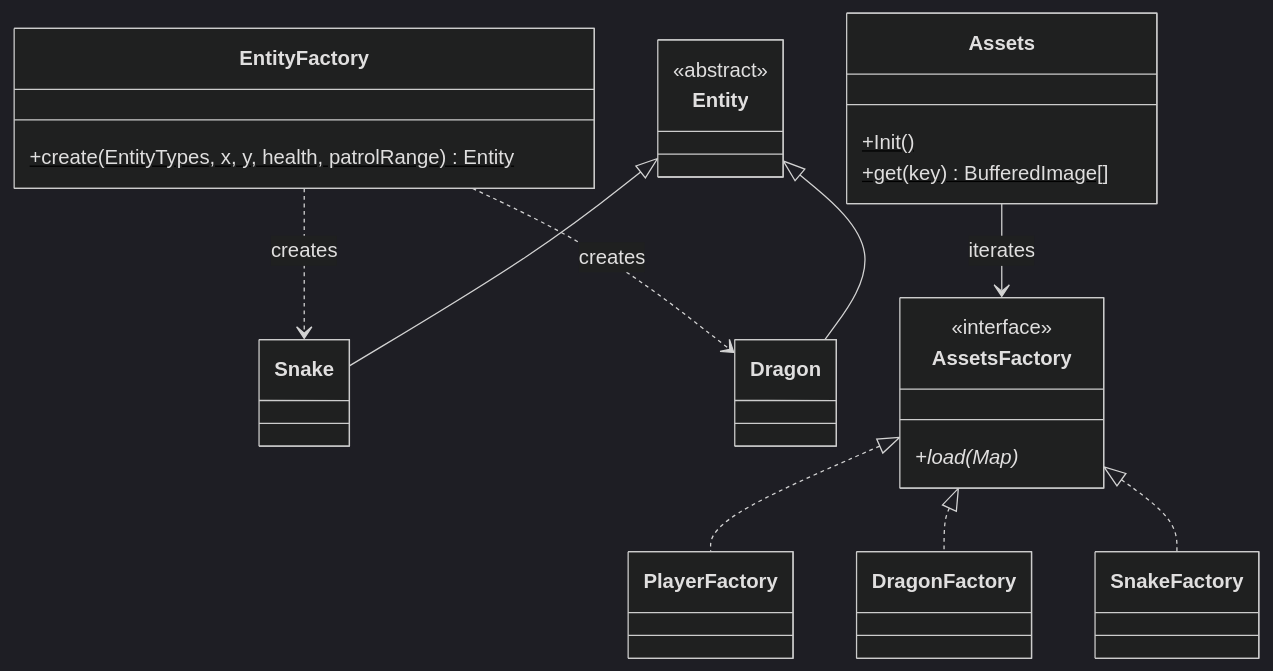
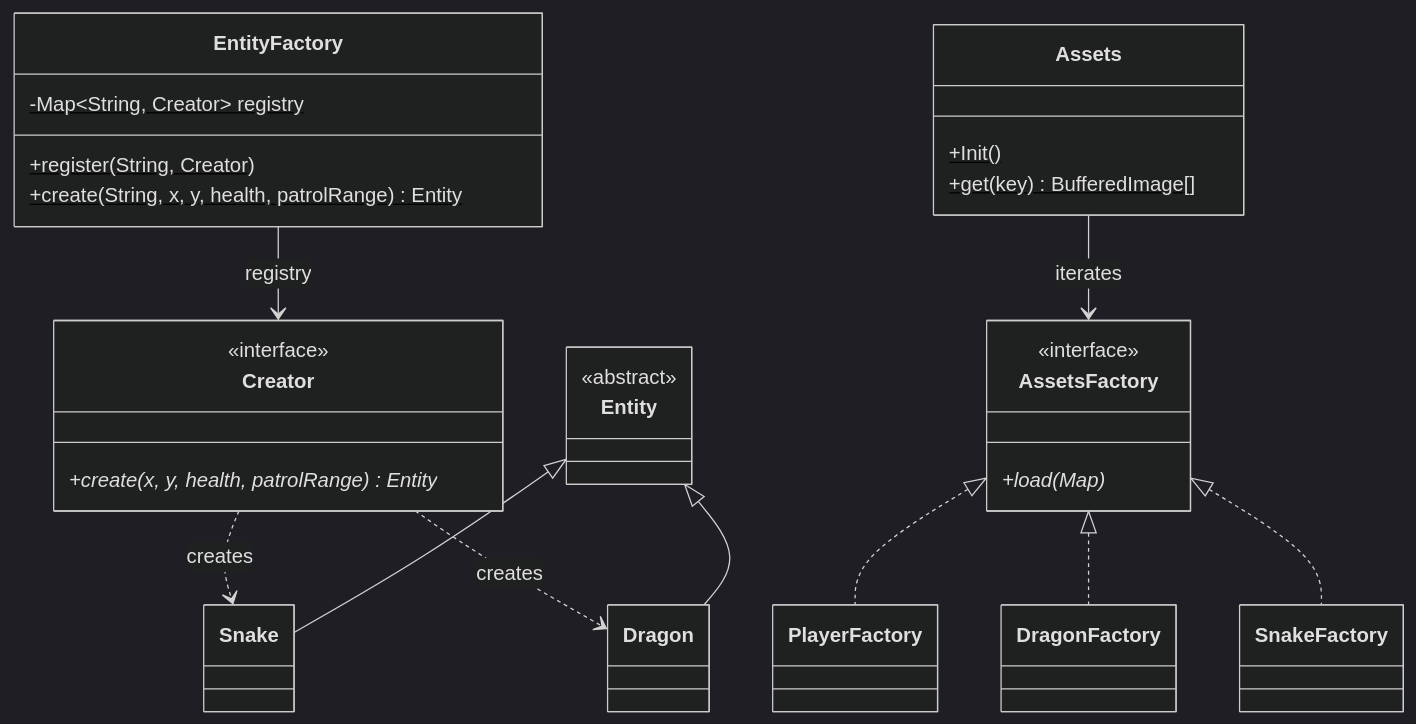
Before and after one commit to VladLunca/platformergame-java: the second of 3 diagrams in README.md, drawn with Mermaid (dark theme). The commit also changed other lines of this file and 15 other files, not shown here.

````diff
--- a/README.md
+++ b/README.md
@@ -290,31 +292,38 @@
 ```mermaid
 classDiagram
     class EntityFactory {
-        +create(EntityTypes, x, y, health, patrolRange) Entity$
+        -Map~String, Creator~ registry$
+        +register(String, Creator)$
+        +create(String, x, y, health, patrolRange) Entity$
+    }
+    class Creator {
+        <<interface>>
+        +create(x, y, health, patrolRange) Entity*
     }
     class Entity {
         <<abstract>>
     }
     class Snake
     class Dragon
     class AssetsFactory {
         <<interface>>
         +load(Map)*
     }
     class Assets {
         +Init()$
         +get(key) BufferedImage[]$
     }
     class PlayerFactory
     class DragonFactory
     class SnakeFactory
 
-    EntityFactory ..> Snake  : creates
-    EntityFactory ..> Dragon : creates
+    EntityFactory --> Creator : registry
+    Creator ..> Snake  : creates
+    Creator ..> Dragon : creates
     Entity <|-- Snake
     Entity <|-- Dragon
     AssetsFactory <|.. PlayerFactory
     AssetsFactory <|.. DragonFactory
     AssetsFactory <|.. SnakeFactory
     Assets --> AssetsFactory : iterates
 ```
````
